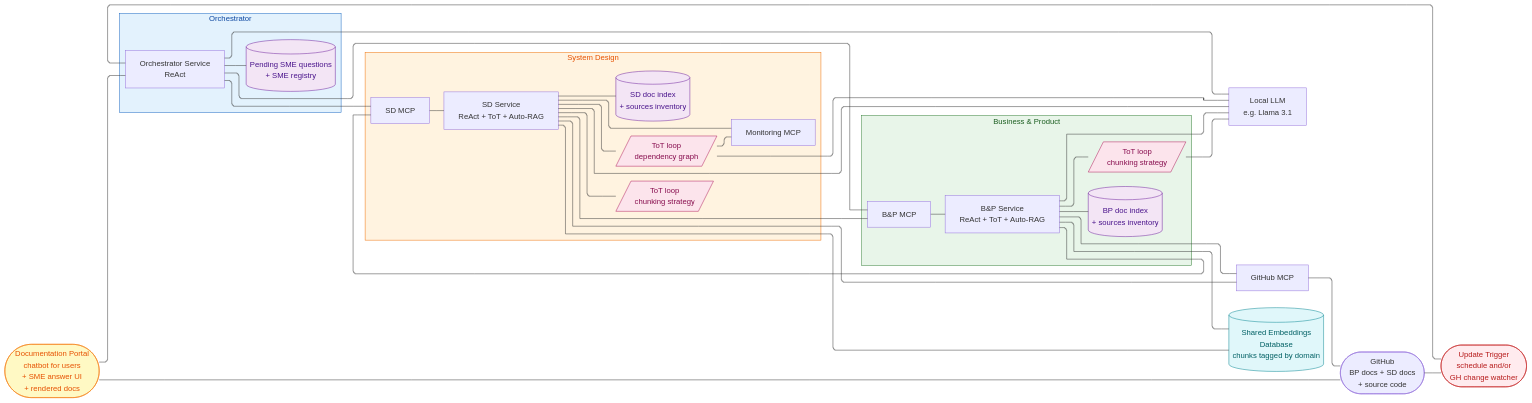
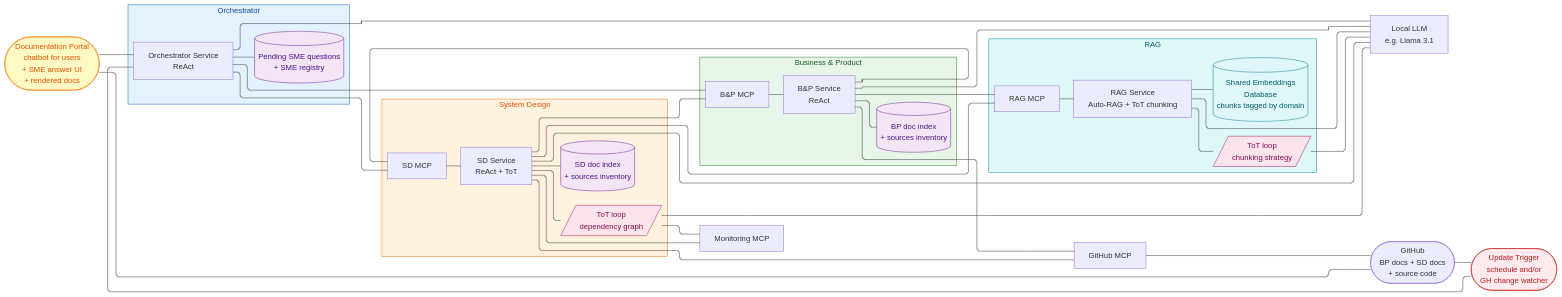
The first of 5 diagrams in PROJECT_ARCHITECTURE.md (kikecorona/agentic-ai-capstone-project), drawn with Mermaid before and after one commit. The commit also changed other lines of this file and 1 other file, not shown here.

```diff
--- a/PROJECT_ARCHITECTURE.md
+++ b/PROJECT_ARCHITECTURE.md
@@ -137,7 +150,7 @@
     LLM[Local LLM<br/>e.g. Llama 3.1]
     GH([GitHub<br/>BP docs + SD docs<br/>+ source code])
     GH_MCP[GitHub MCP]
-    E_DS[(Shared Embeddings<br/>Database<br/>chunks tagged by domain)]
+    MON_MCP[Monitoring MCP]
 
     subgraph OC [Orchestrator]
         OC_Service[Orchestrator Service<br/>ReAct]
@@ -147,27 +160,30 @@
 
 subgraph BP [Business &amp; Product]
 BP_MCP[B&amp;P MCP]
-BP_Service[B&amp;P Service<br/>ReAct + ToT + Auto-RAG]
-BP_ToT[/ToT loop<br/>chunking strategy/]
+BP_Service[B&amp;P Service<br/>ReAct]
 BP_DS[(BP doc index<br/>+ sources inventory)]
 BP_MCP --- BP_Service
-BP_Service --- BP_ToT
 BP_Service --- BP_DS
 end
 
 subgraph SD [System Design]
 SD_MCP[SD MCP]
-SD_Service[SD Service<br/>ReAct + ToT + Auto-RAG]
+SD_Service[SD Service<br/>ReAct + ToT]
 SD_ToT[/ToT loop<br/>dependency graph/]
-SD_ToT_Chunk[/ToT loop<br/>chunking strategy/]
 SD_DS[(SD doc index<br/>+ sources inventory)]
-MON_MCP[Monitoring MCP]
 SD_MCP --- SD_Service
 SD_Service --- SD_ToT
-SD_Service --- SD_ToT_Chunk
 SD_Service --- SD_DS
-SD_ToT --- MON_MCP
-SD_Service --- MON_MCP
+end
+
+subgraph RAG [RAG]
+RAG_MCP[RAG MCP]
+RAG_Service[RAG Service<br/>Auto-RAG + ToT chunking]
+RAG_ToT[/ToT loop<br/>chunking strategy/]
+E_DS[(Shared Embeddings<br/>Database<br/>chunks tagged by domain)]
+RAG_MCP --- RAG_Service
+RAG_Service --- RAG_ToT
+RAG_Service --- E_DS
 end
 
 Portal --- OC_Service
@@ -178,20 +194,24 @@
 OC_Service --- BP_MCP
 OC_Service --- SD_MCP
 BP_Service --- LLM
-BP_ToT --- LLM
 BP_Service --- SD_MCP
 BP_Service --- GH_MCP
-BP_Service --- E_DS
+BP_Service --- RAG_MCP
 SD_Service --- LLM
 SD_ToT --- LLM
 SD_Service --- BP_MCP
 SD_Service --- GH_MCP
-SD_Service --- E_DS
+SD_Service --- RAG_MCP
+SD_Service --- MON_MCP
+SD_ToT --- MON_MCP
+RAG_Service --- LLM
+RAG_ToT --- LLM
 GH_MCP --- GH
 
 classDef oc fill: #E3F2FD, stroke: #1565C0, color:#0D47A1
 classDef bp fill: #E8F5E9, stroke:#2E7D32, color: #1B5E20
 classDef sd fill:#FFF3E0, stroke: #EF6C00, color: #E65100
+classDef rag fill: #E0F7FA, stroke: #00838F, color: #006064
 classDef tot fill: #FCE4EC, stroke: #AD1457,color: #880E4F
 classDef docs fill: #F3E5F5,stroke: #6A1B9A, color: #4A148C
 classDef shared fill: #E0F7FA, stroke: #00838F, color: #006064
@@ -200,7 +220,8 @@
 class OC oc
     class BP bp
     class SD sd
-    class BP_ToT,SD_ToT,SD_ToT_Chunk tot
+    class RAG rag
+    class SD_ToT,RAG_ToT tot
     class OC_DS,BP_DS,SD_DS docs
     class E_DS shared
     class Portal portal
```
